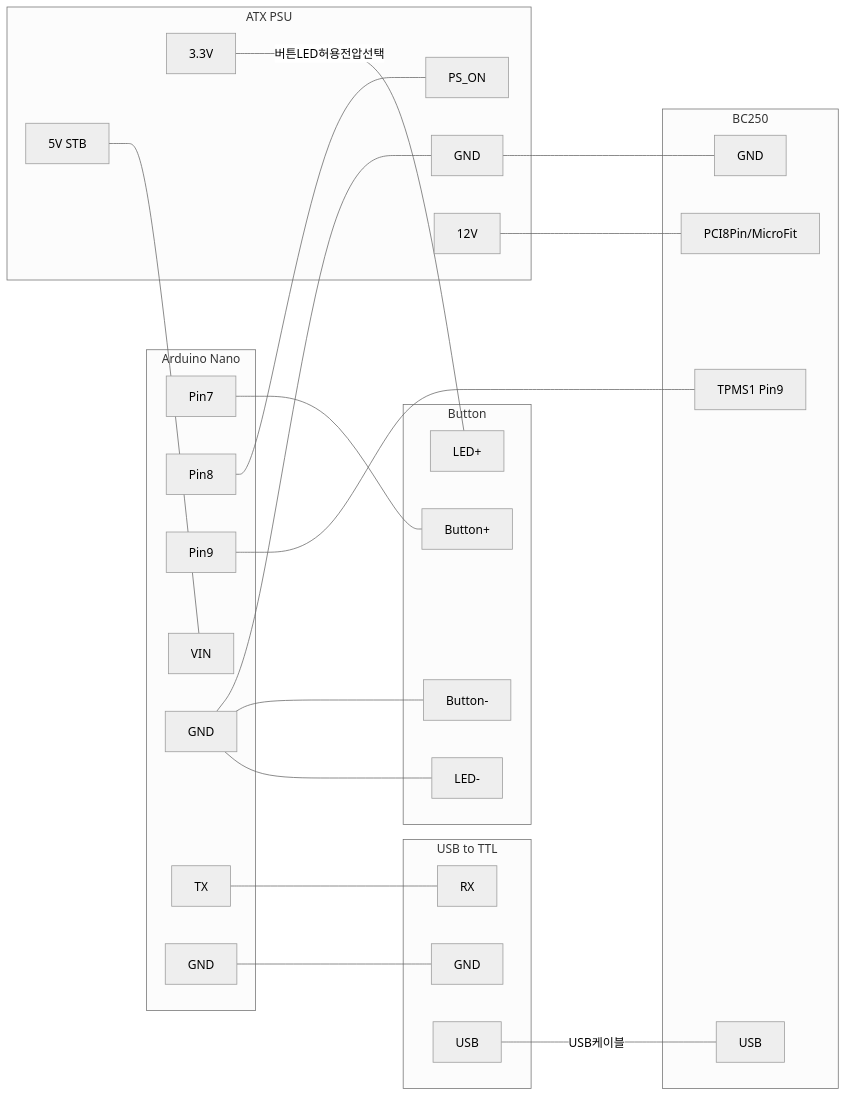
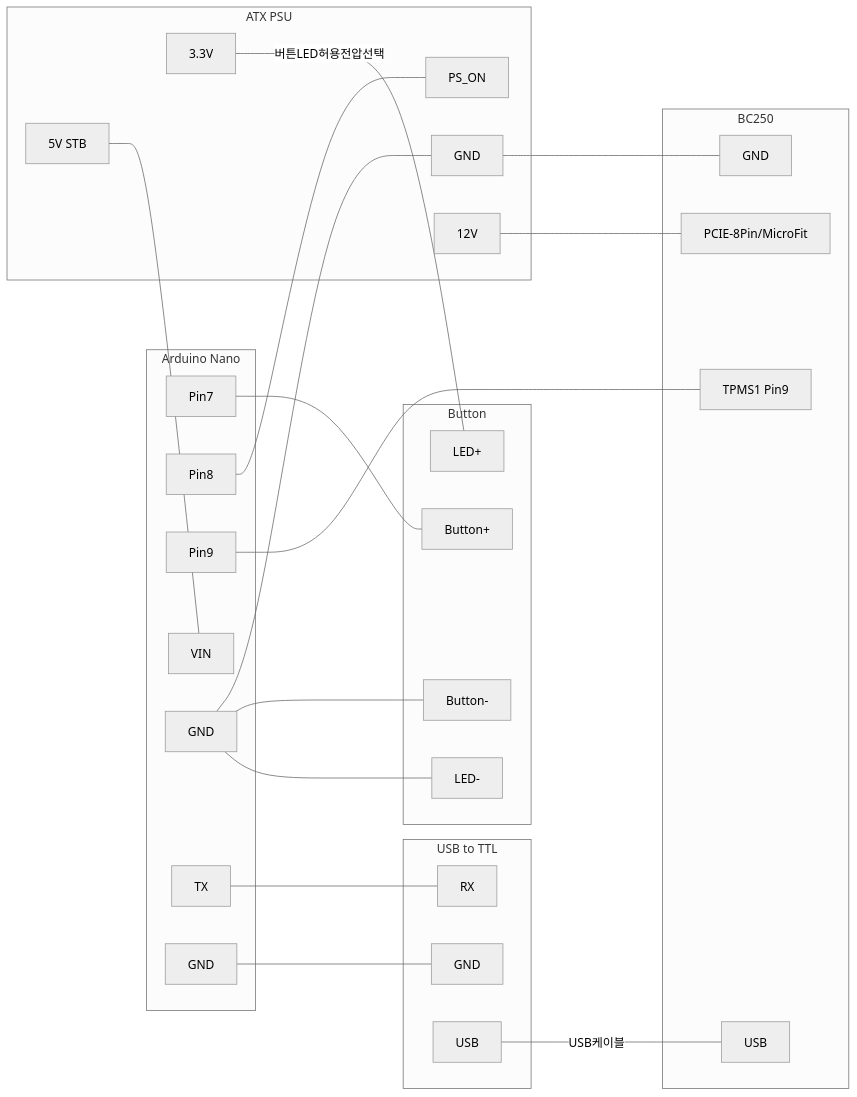
Before and after one commit to coolsolgit/BC250-ATX-PSU-Control: the second of 2 diagrams in README.md, drawn with Mermaid (neutral theme).

````diff
--- a/README.md
+++ b/README.md
@@ -52,49 +52,49 @@
 ```mermaid
 flowchart LR
   subgraph Arduino Nano
     P7[Pin7]
     P8[Pin8]
     P9[Pin9]
     VIN[VIN]
     AGND[GND]
     TX[TX]
     ATGND[GND]
   end
   subgraph BC250
     TPMS[TPMS1 Pin9]
     BUSB[USB]
-    PCIE[PCI8Pin/MicroFit]
+    PCIE[PCIE-8Pin/MicroFit]
     BGND[GND]
   end
   subgraph USB to TTL
     RX[RX]
     UGND[GND]
     UUSB[USB]
   end
   subgraph ATX PSU
     5V[5V STB]
     3.3V[3.3V]
     PS_ON[PS_ON]
     PGND[GND]
     12V[12V]
   end
   subgraph Button
     BTN1[Button+]
     BTN2[Button-]
     LED1[LED+]
     LED2[LED-]
   end
   UUSB ---|USB케이블| BUSB
   TX --- RX
   P7 --- BTN1
   P8 --- PS_ON
   P9 --- TPMS
   AGND --- PGND
   AGND --- BTN2
   AGND --- LED2
   ATGND --- UGND
   3.3V ---|버튼LED허용전압선택| LED1
   5V --- VIN
   12V --- PCIE
   PGND ---- BGND
 ```
````
